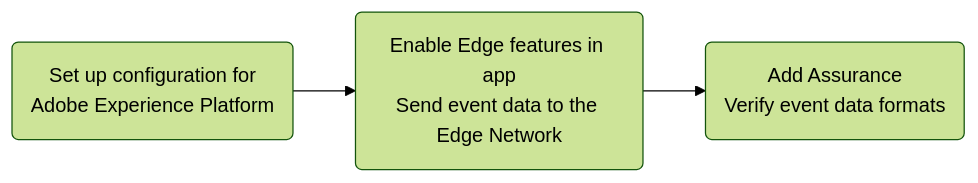
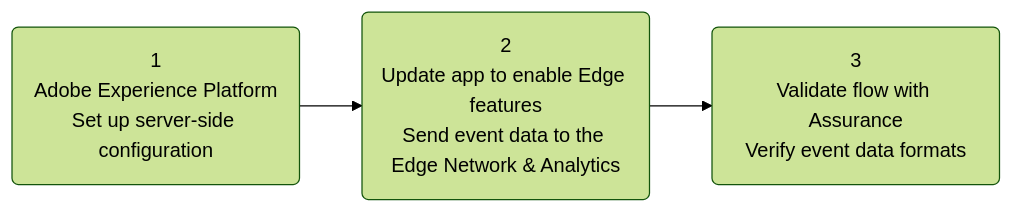
Before and after one commit to adobe/aepsdk-edge-ios: the diagram in Documentation/Tutorials/edge-send-event-tutorial.md, drawn with Mermaid (forest theme).

Commit message:
Update top level diagram

````diff
--- a/Documentation/Tutorials/edge-send-event-tutorial.md
+++ b/Documentation/Tutorials/edge-send-event-tutorial.md
@@ -28,6 +28,6 @@
 ```mermaid
 graph LR;
-    step1(Set up configuration for<br/>Adobe Experience Platform) --> 
-    step2(Enable Edge features in app<br/>Send event data to the Edge Network) --> 
-    step3(Add Assurance<br/>Verify event data formats)
+    step1(1<br/>Adobe Experience Platform<br/>Set up server-side configuration) --> 
+    step2(2<br/>Update app to enable Edge features<br/>Send event data to the Edge Network & Analytics) --> 
+    step3(3<br/>Validate flow with Assurance<br/>Verify event data formats)
 ```
````
